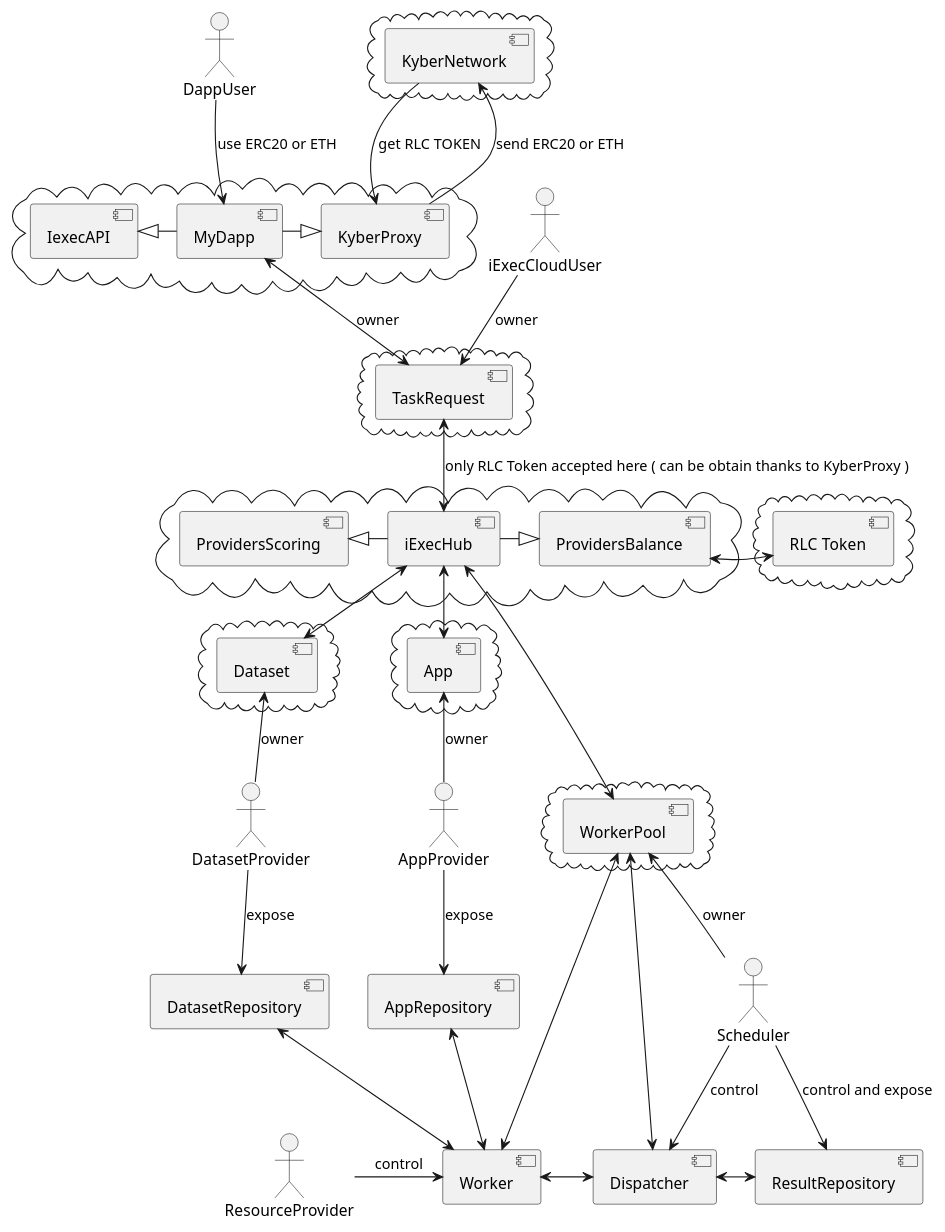
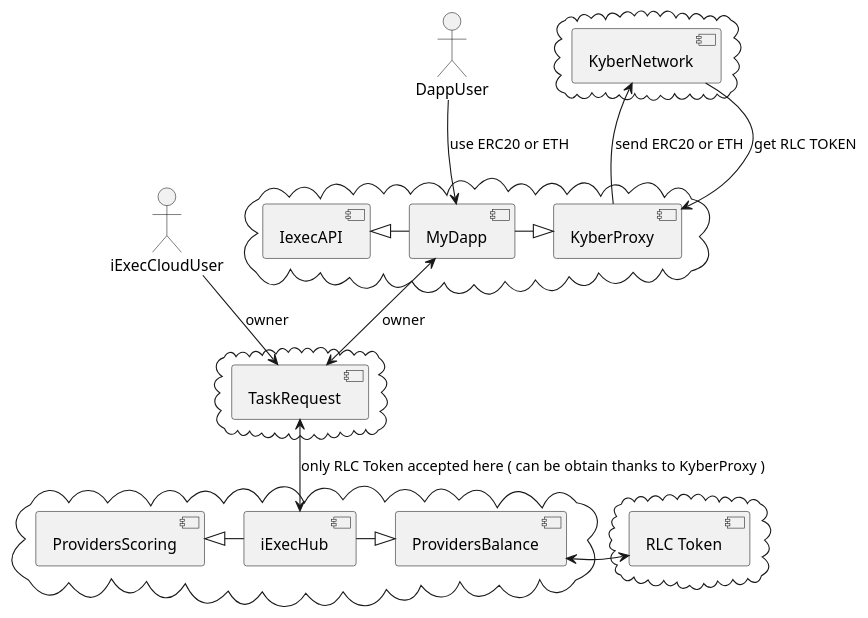
Before and after one commit to iExecBlockchainComputing/PoCo: the diagram in v2plan/uml/ArchitectureV2WithKyberIntegration.puml, drawn with PlantUML. The commit also changed 10 other files, not shown here.

Commit message:
rename dispatcher => iexec-scheduler , worker -> iexec-worker

```diff
--- a/v2plan/uml/ArchitectureV2WithKyberIntegration.puml
+++ b/v2plan/uml/ArchitectureV2WithKyberIntegration.puml
@@ -1,120 +1,68 @@
 @startuml
 
 
 :iExecCloudUser:
-:DappUser:
-:AppProvider:
-:Scheduler:
-:DatasetProvider:
-:ResourceProvider:
 
 
 cloud {
   [KyberNetwork]
 }
 
 cloud {
   [MyDapp]
   [IexecAPI]
   [KyberProxy]
 }
 component [MyDapp]
 component [IexecAPI]
 component [KyberProxy]
 [KyberProxy] <|-left-  [MyDapp]
 [IexecAPI] <|-right-  [MyDapp]
 
 KyberProxy -up-> [KyberNetwork]: send ERC20 or ETH
 KyberProxy <-up- [KyberNetwork]: get RLC TOKEN
 
 DappUser -down-> [MyDapp]: use ERC20 or ETH
 
 cloud {
   [TaskRequest]
 }
 
 component [TaskRequest]
 
 MyDapp <-down-> [TaskRequest]: owner
 
 iExecCloudUser -down-> [TaskRequest]: owner
 
-cloud {
-  [App]
-}
-component [App]
-component [AppRepository]
 
 
-cloud {
-  [Dataset]
-}
-component [Dataset]
-component [DatasetRepository]
 
-
-cloud {
-  [WorkerPool]
-}
-
-component [WorkerPool]
-component [Dispatcher]
-component [ResultRepository]
-
-component [Worker]
 
 cloud {
   [iExecHub]
   [ProvidersScoring]
   [ProvidersBalance]
 }
 
 cloud {
   [RLC Token]
 }
 component [ProvidersScoring]
 component [iExecHub]
 component [ProvidersBalance]
 component [RLC Token]
 
 
 [ProvidersBalance] <-right-> [RLC Token]
 
 [ProvidersBalance] <|-left-  [iExecHub]
 [ProvidersScoring] <|-right-  [iExecHub]
 
 
-AppProvider -up-> [App]: owner
-AppProvider -down-> AppRepository: expose
-
-DatasetProvider -up-> [Dataset]: owner
-DatasetProvider -down-> DatasetRepository: expose
-
-Scheduler -up-> [WorkerPool]: owner
-Scheduler -down-> [Dispatcher]: control
-Scheduler -down-> [ResultRepository]: control and expose
-ResultRepository <-left-> [Dispatcher]
 
 
-[Dataset] <-up-> [iExecHub]
-[App] <-up-> [iExecHub]
-
-[iExecHub] <-down-> [WorkerPool]
 [iExecHub] <-up-> [TaskRequest]: only RLC Token accepted here ( can be obtain thanks to KyberProxy )
-[Dispatcher] <-up-> [WorkerPool]
-[Worker] <-up-> [WorkerPool]
-
-[ResourceProvider] -right-> [Worker]: control
-
-[Worker] <-right-> [Dispatcher]
-
-
-[Worker] <-up-> [AppRepository]
-
-[Worker] <-up-> [DatasetRepository]
-
-'missing link :  [AppRepository] <-> [Worker] . add mannualy on img because i do not succeed to layout it
 
 
 
 @enduml
```
